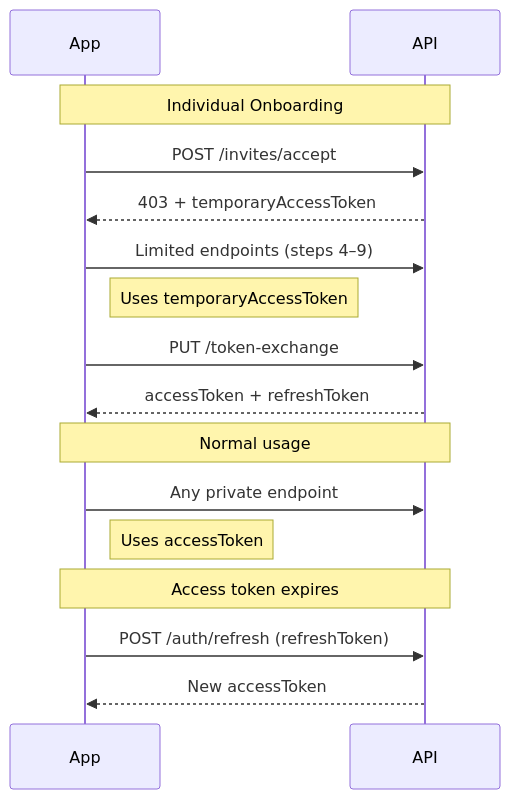
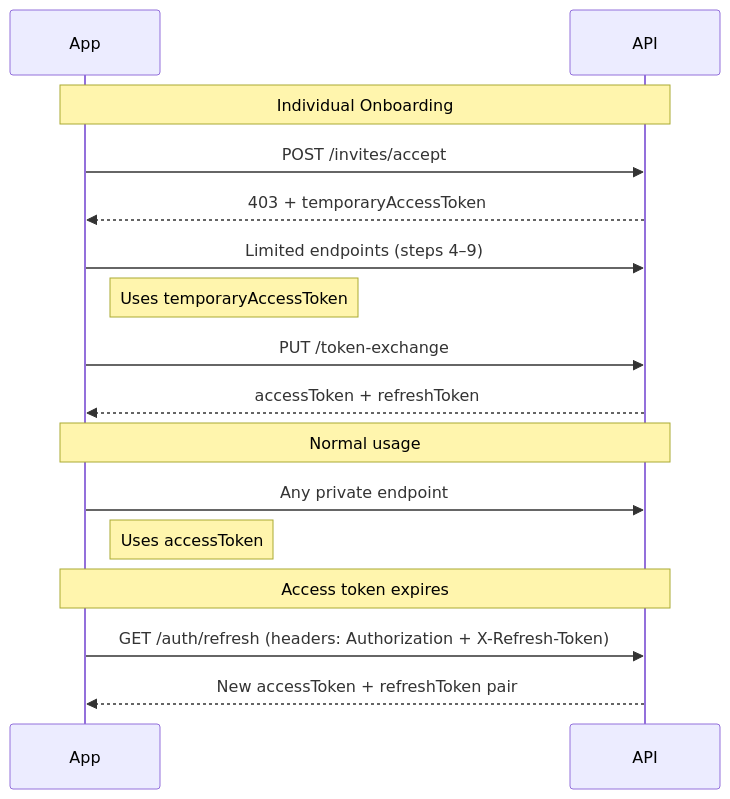
One commit to skhan-cpu/readme-paid changed the diagram in docs/Getting Started/authentication.md. Above: the diagram before and after it, drawn with Mermaid. The commit also changed other lines of this file and 13 other files, not shown here.

First line of the commit message:
feat: add Authentication API section and fix auth guide token expiry

````diff
--- a/docs/Getting Started/authentication.md
+++ b/docs/Getting Started/authentication.md
@@ -74,23 +95,23 @@
 ```mermaid
 sequenceDiagram
     participant App
     participant API
 
     Note over App,API: Individual Onboarding
     App->>API: POST /invites/accept
     API-->>App: 403 + temporaryAccessToken
 
     App->>API: Limited endpoints (steps 4–9)
     Note right of App: Uses temporaryAccessToken
 
     App->>API: PUT /token-exchange
     API-->>App: accessToken + refreshToken
 
     Note over App,API: Normal usage
     App->>API: Any private endpoint
     Note right of App: Uses accessToken
 
     Note over App,API: Access token expires
-    App->>API: POST /auth/refresh (refreshToken)
-    API-->>App: New accessToken
+    App->>API: GET /auth/refresh (headers: Authorization + X-Refresh-Token)
+    API-->>App: New accessToken + refreshToken pair
 ```
````
